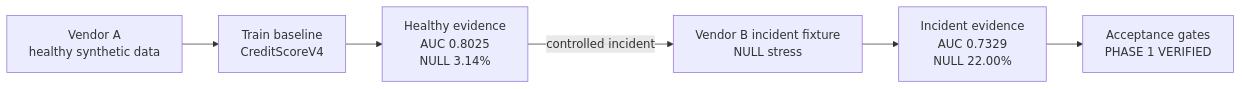
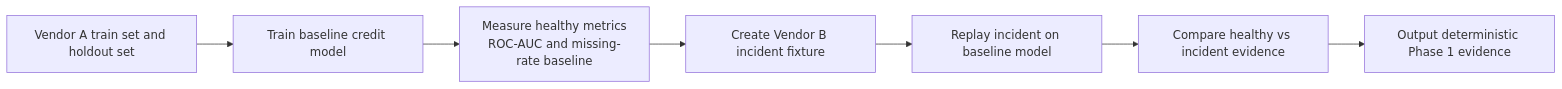
One commit to Parmodk2310/CreditScorev4-ML-Governance changed the diagram in docs/assets/diagrams/phase1-incident-baseline.mmd. Above: the diagram before and after it, drawn with Mermaid. The commit also changed 50 other files, not shown here.

Commit message:
docs: integrate complete Phase 1-13 architecture

```diff
--- a/docs/assets/diagrams/phase1-incident-baseline.mmd
+++ b/docs/assets/diagrams/phase1-incident-baseline.mmd
@@ -1,6 +1,8 @@
 flowchart LR
-  A[Vendor A<br/>healthy synthetic data] --> B[Train baseline<br/>CreditScoreV4]
-  B --> C[Healthy evidence<br/>AUC 0.8025<br/>NULL 3.14%]
-  C -->|controlled incident| D[Vendor B incident fixture<br/>NULL stress]
-  D --> E[Incident evidence<br/>AUC 0.7329<br/>NULL 22.00%]
-  E --> F[Acceptance gates<br/>PHASE 1 VERIFIED]
+    A["Vendor A train set and holdout set"] --> B["Train baseline credit model"]
+    B --> C["Measure healthy metrics
+ROC-AUC and missing-rate baseline"]
+    C --> D["Create Vendor B incident fixture"]
+    D --> E["Replay incident on baseline model"]
+    E --> F["Compare healthy vs incident evidence"]
+    F --> G["Output deterministic Phase 1 evidence"]
```
